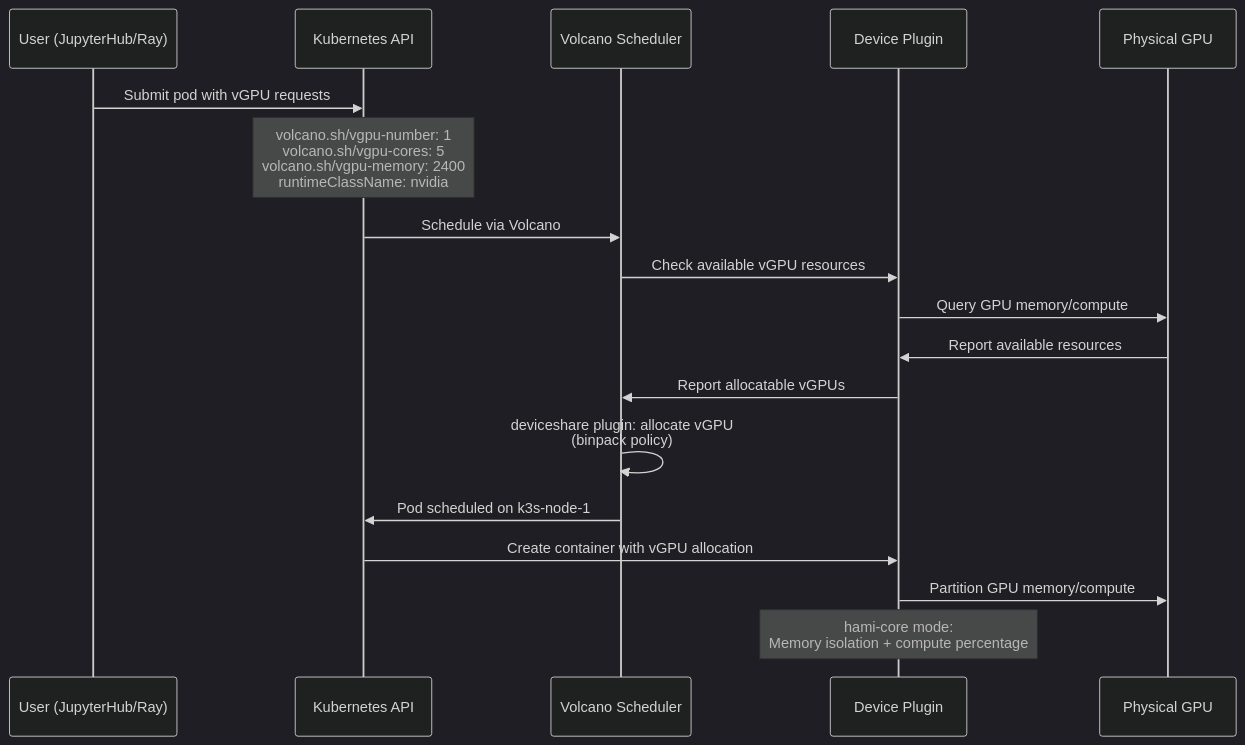
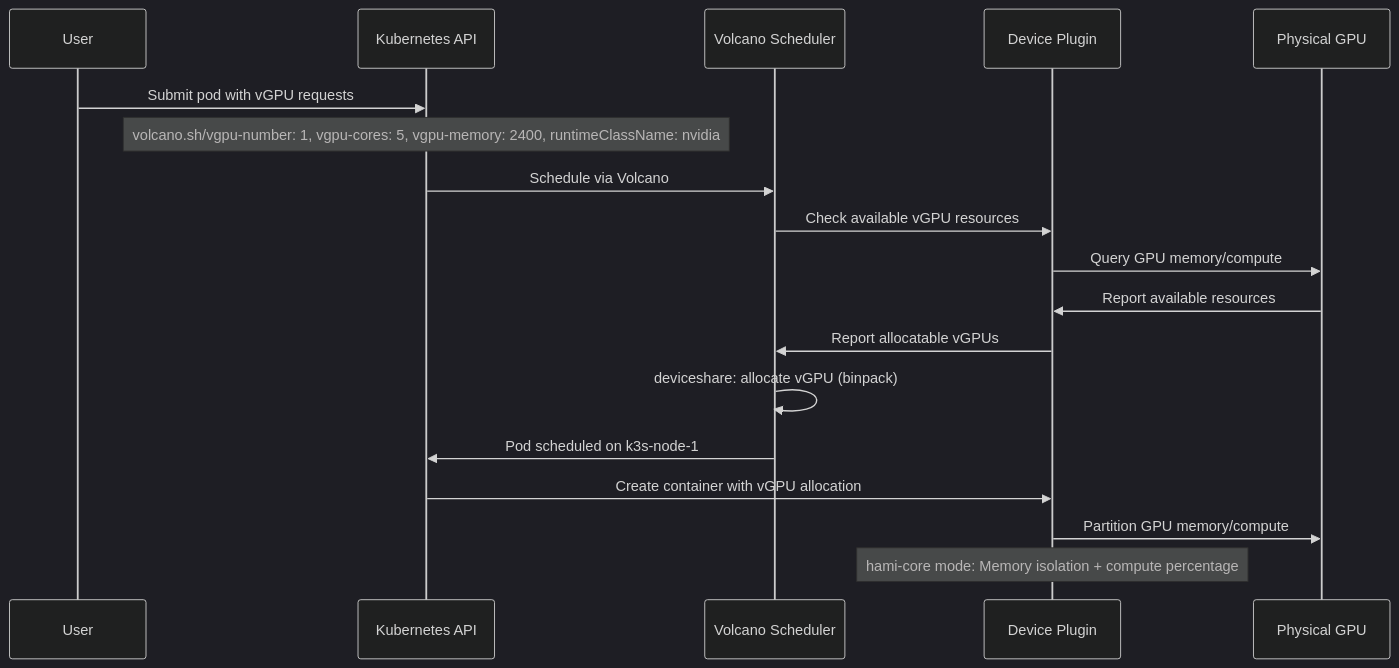
The third of 3 diagrams in gpu-stack.md (fmfi-dai-gpu-servers/compute-wiki), drawn with Mermaid (dark theme) before and after one commit. The commit also changed other lines of this file and 6 other files, not shown here.

Commit message:
change: replace architecture beta with flowcharts

````diff
--- a/gpu-stack.md
+++ b/gpu-stack.md
@@ -64,21 +66,21 @@
 ```mermaid
 sequenceDiagram
-    participant User as User (JupyterHub/Ray)
+    participant User as User
     participant K8s as Kubernetes API
     participant V as Volcano Scheduler
     participant DP as Device Plugin
     participant GPU as Physical GPU
 
     User->>K8s: Submit pod with vGPU requests
-    Note over K8s: volcano.sh/vgpu-number: 1<br/>volcano.sh/vgpu-cores: 5<br/>volcano.sh/vgpu-memory: 2400<br/>runtimeClassName: nvidia
+    Note over K8s: volcano.sh/vgpu-number: 1, vgpu-cores: 5, vgpu-memory: 2400, runtimeClassName: nvidia
     K8s->>V: Schedule via Volcano
     V->>DP: Check available vGPU resources
     DP->>GPU: Query GPU memory/compute
     GPU->>DP: Report available resources
     DP->>V: Report allocatable vGPUs
-    V->>V: deviceshare plugin: allocate vGPU<br/>(binpack policy)
+    V->>V: deviceshare: allocate vGPU (binpack)
     V->>K8s: Pod scheduled on k3s-node-1
     K8s->>DP: Create container with vGPU allocation
     DP->>GPU: Partition GPU memory/compute
-    Note over DP: hami-core mode:<br/>Memory isolation + compute percentage
+    Note over DP: hami-core mode: Memory isolation + compute percentage
 ```
````
